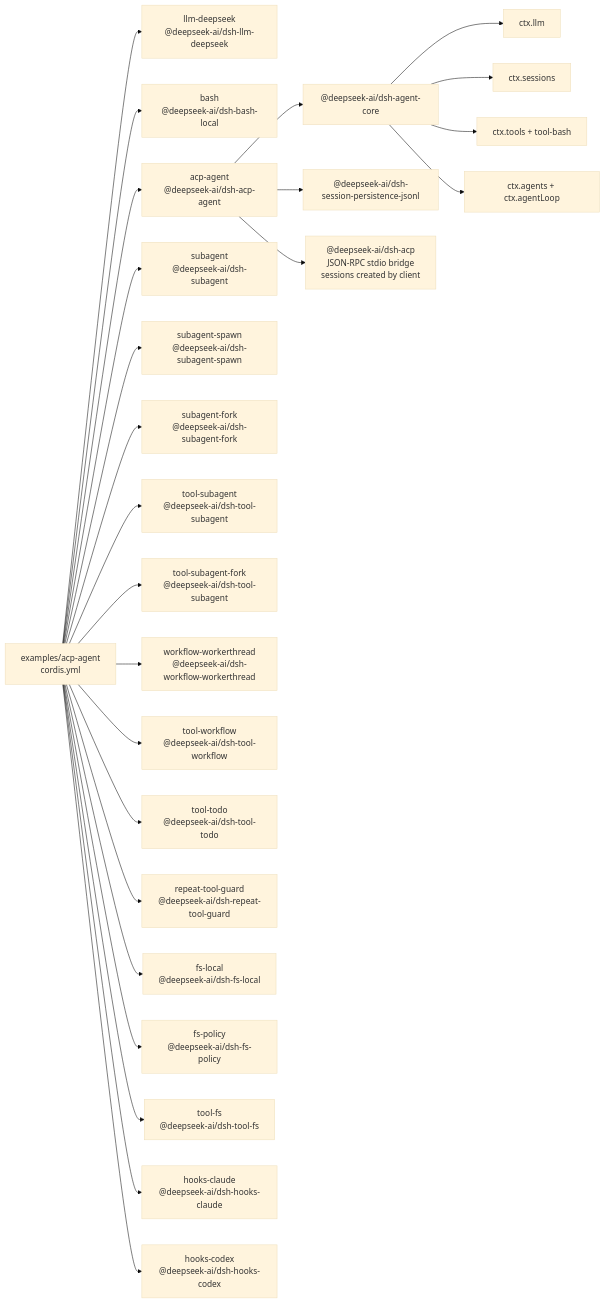
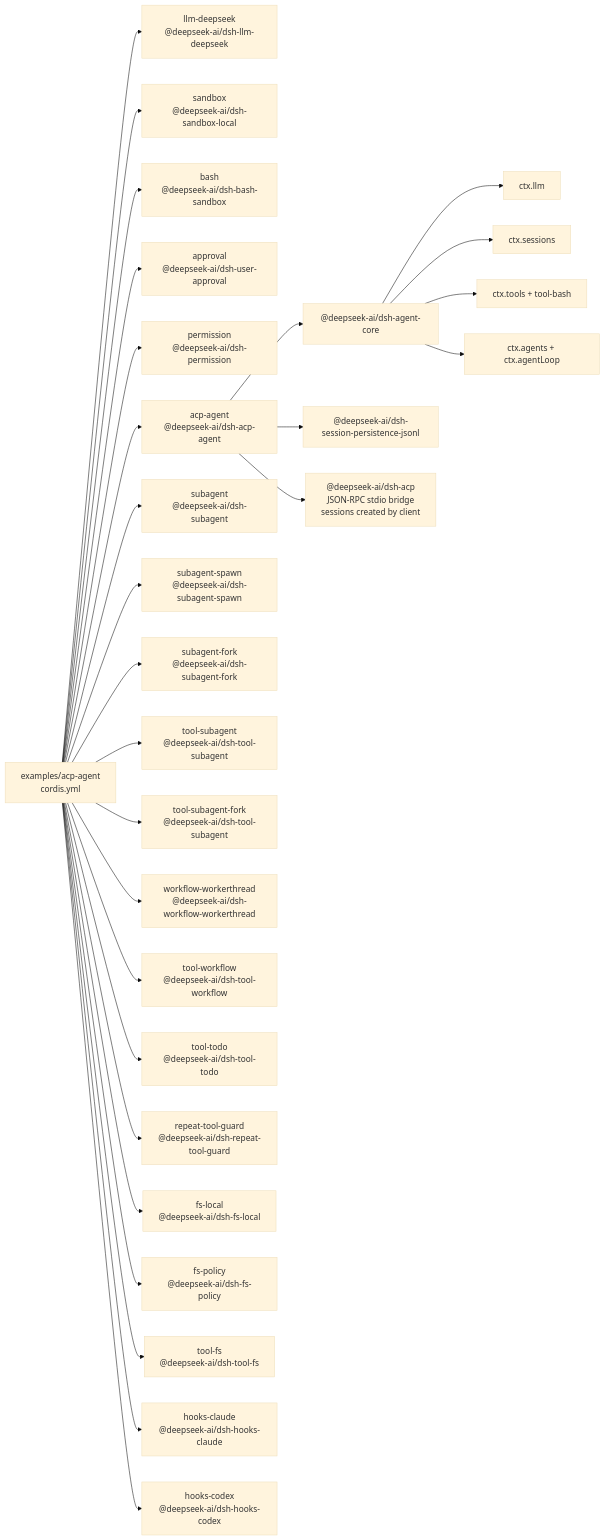
One commit to eru123/coco-harness changed the diagram in examples/acp-agent/composition.md. Above: the diagram before and after it, drawn with Mermaid (base theme). The commit also changed other lines of this file and 137 other files, not shown here.

First line of the commit message:
Merge pull request #261 from deepseek-harness/unify-acp-example

````diff
--- a/examples/acp-agent/composition.md
+++ b/examples/acp-agent/composition.md
@@ -8,45 +8,51 @@
 ```mermaid
 flowchart LR
   cfg["examples/acp-agent<br/>cordis.yml"]
   plugin_acp_llm_deepseek["llm-deepseek<br/>@deepseek-ai/dsh-llm-deepseek"]
   cfg --> plugin_acp_llm_deepseek
-  plugin_acp_bash["bash<br/>@deepseek-ai/dsh-bash-local"]
+  plugin_acp_sandbox["sandbox<br/>@deepseek-ai/dsh-sandbox-local"]
+  cfg --> plugin_acp_sandbox
+  plugin_acp_bash["bash<br/>@deepseek-ai/dsh-bash-sandbox"]
   cfg --> plugin_acp_bash
+  plugin_acp_approval["approval<br/>@deepseek-ai/dsh-user-approval"]
+  cfg --> plugin_acp_approval
+  plugin_acp_permission["permission<br/>@deepseek-ai/dsh-permission"]
+  cfg --> plugin_acp_permission
   plugin_acp_acp_agent["acp-agent<br/>@deepseek-ai/dsh-acp-agent"]
   cfg --> plugin_acp_acp_agent
   plugin_acp_acp_agent --> bundle_agent_core["@deepseek-ai/dsh-agent-core"]
   plugin_acp_acp_agent --> bundle_jsonl["@deepseek-ai/dsh-session-persistence-jsonl"]
   plugin_acp_acp_agent --> frontdoor_acp["@deepseek-ai/dsh-acp<br/>JSON-RPC stdio bridge<br/>sessions created by client"]
   bundle_agent_core --> spine_llm["ctx.llm"]
   bundle_agent_core --> spine_sessions["ctx.sessions"]
   bundle_agent_core --> spine_tools["ctx.tools + tool-bash"]
   bundle_agent_core --> spine_loop["ctx.agents + ctx.agentLoop"]
   plugin_acp_subagent["subagent<br/>@deepseek-ai/dsh-subagent"]
   cfg --> plugin_acp_subagent
   plugin_acp_subagent_spawn["subagent-spawn<br/>@deepseek-ai/dsh-subagent-spawn"]
   cfg --> plugin_acp_subagent_spawn
   plugin_acp_subagent_fork["subagent-fork<br/>@deepseek-ai/dsh-subagent-fork"]
   cfg --> plugin_acp_subagent_fork
   plugin_acp_tool_subagent["tool-subagent<br/>@deepseek-ai/dsh-tool-subagent"]
   cfg --> plugin_acp_tool_subagent
   plugin_acp_tool_subagent_fork["tool-subagent-fork<br/>@deepseek-ai/dsh-tool-subagent"]
   cfg --> plugin_acp_tool_subagent_fork
   plugin_acp_workflow_workerthread["workflow-workerthread<br/>@deepseek-ai/dsh-workflow-workerthread"]
   cfg --> plugin_acp_workflow_workerthread
   plugin_acp_tool_workflow["tool-workflow<br/>@deepseek-ai/dsh-tool-workflow"]
   cfg --> plugin_acp_tool_workflow
   plugin_acp_tool_todo["tool-todo<br/>@deepseek-ai/dsh-tool-todo"]
   cfg --> plugin_acp_tool_todo
   plugin_acp_repeat_tool_guard["repeat-tool-guard<br/>@deepseek-ai/dsh-repeat-tool-guard"]
   cfg --> plugin_acp_repeat_tool_guard
   plugin_acp_fs_local["fs-local<br/>@deepseek-ai/dsh-fs-local"]
   cfg --> plugin_acp_fs_local
   plugin_acp_fs_policy["fs-policy<br/>@deepseek-ai/dsh-fs-policy"]
   cfg --> plugin_acp_fs_policy
   plugin_acp_tool_fs["tool-fs<br/>@deepseek-ai/dsh-tool-fs"]
   cfg --> plugin_acp_tool_fs
   plugin_acp_hooks_claude["hooks-claude<br/>@deepseek-ai/dsh-hooks-claude"]
   cfg --> plugin_acp_hooks_claude
   plugin_acp_hooks_codex["hooks-codex<br/>@deepseek-ai/dsh-hooks-codex"]
   cfg --> plugin_acp_hooks_codex
 ```
````
